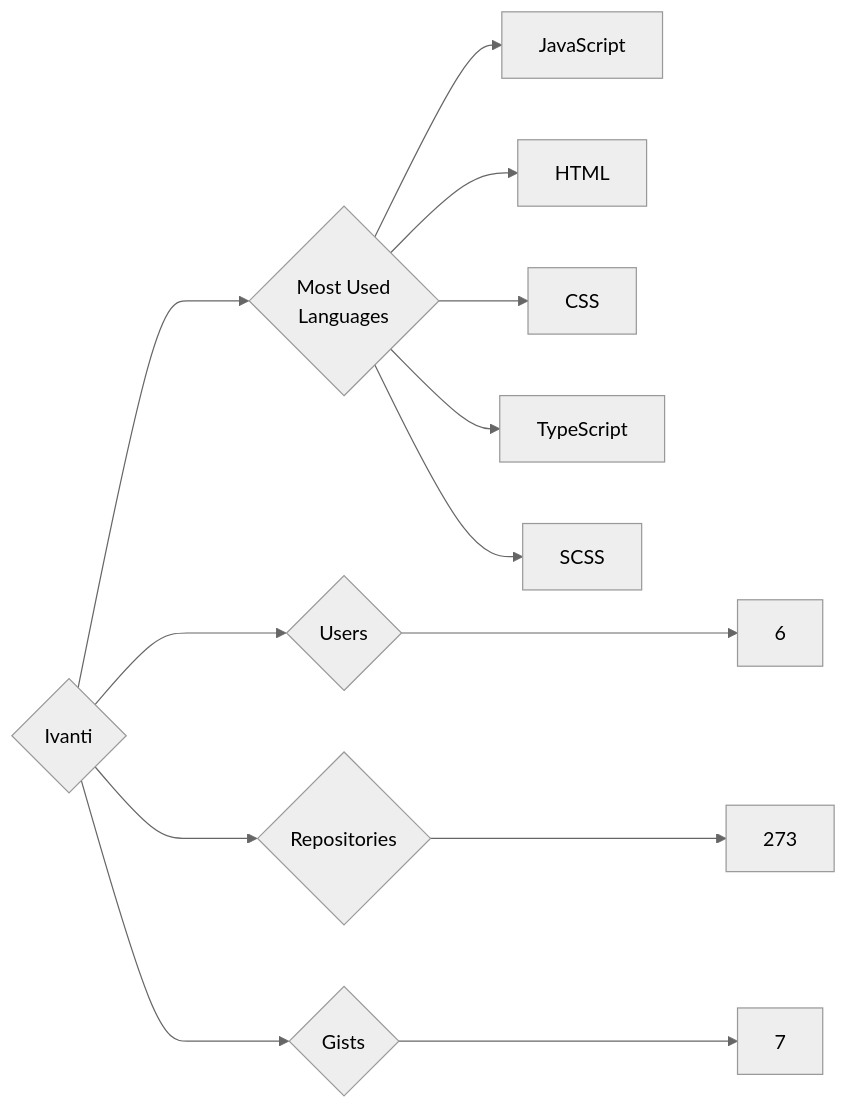
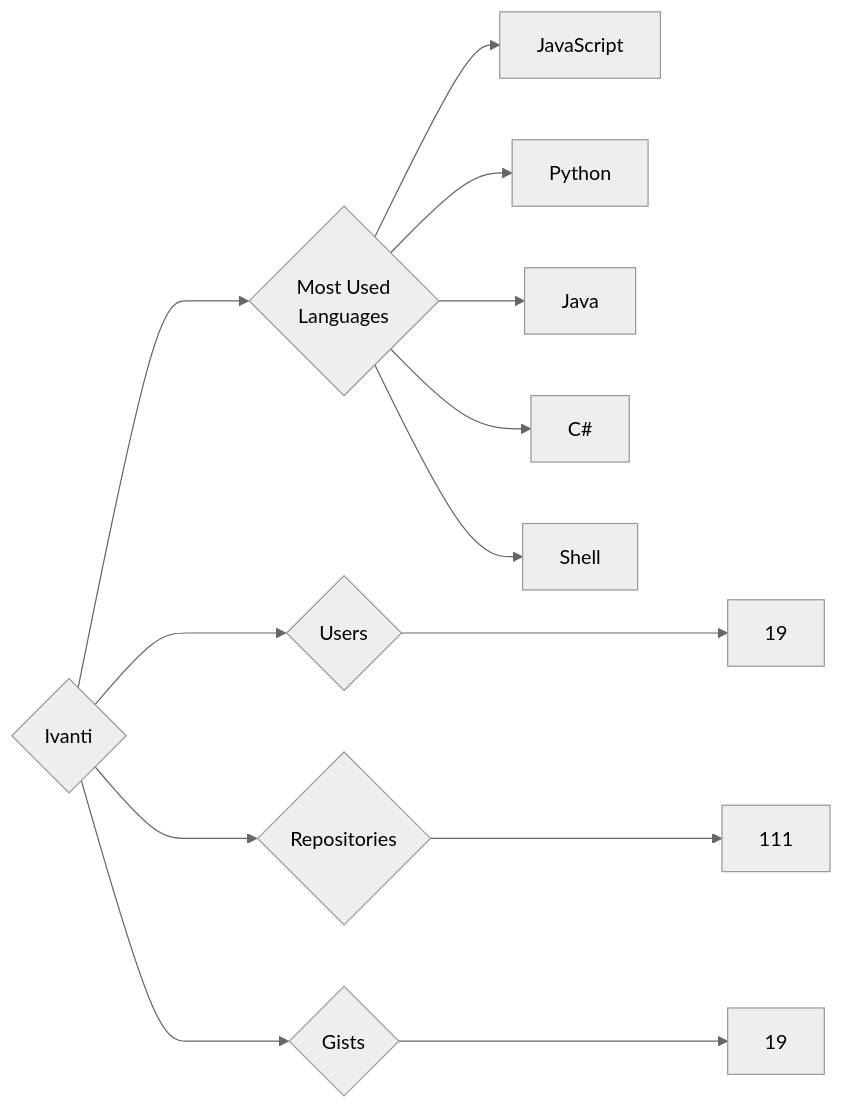
One commit to trickest/insiders changed the diagram in targets/Ivanti/README.md. Above: the diagram before and after it, drawn with Mermaid (neutral theme). The commit also changed 814 other files, not shown here.

````diff
--- a/targets/Ivanti/README.md
+++ b/targets/Ivanti/README.md
@@ -3,13 +3,13 @@
 ```mermaid
 graph LR
 COMPANY_NAME{Ivanti}
-COMPANY_NAME ---> U{Users} ---> UN[6]
-COMPANY_NAME ---> R{Repositories} ---> RN[273]
-COMPANY_NAME ---> G{Gists} ---> GN[7]
+COMPANY_NAME ---> U{Users} ---> UN[19]
+COMPANY_NAME ---> R{Repositories} ---> RN[111]
+COMPANY_NAME ---> G{Gists} ---> GN[19]
 COMPANY_NAME ---> ML{Most Used<br>Languages}
 ML --> JavaScript[JavaScript]
-ML --> HTML[HTML]
-ML --> CSS[CSS]
-ML --> TypeScript[TypeScript]
-ML --> SCSS[SCSS]
+ML --> Python[Python]
+ML --> Java[Java]
+ML --> C#[C#]
+ML --> Shell[Shell]
 ```
````
